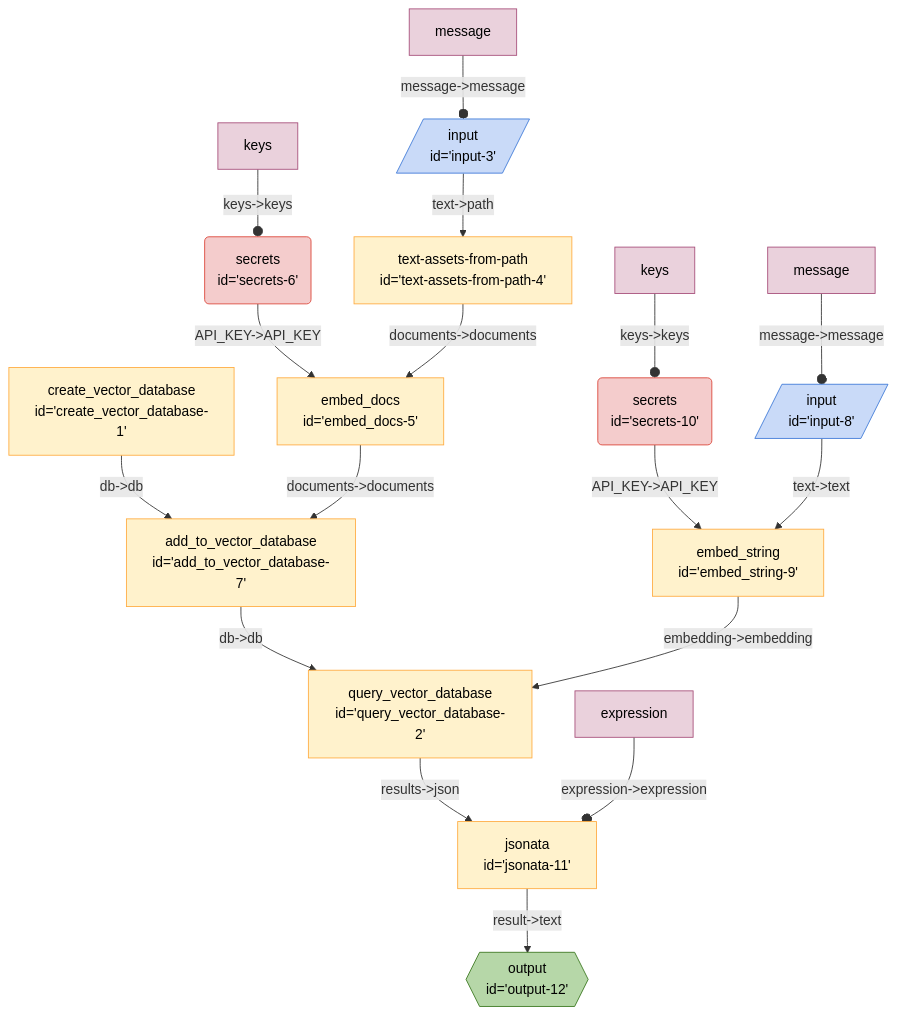
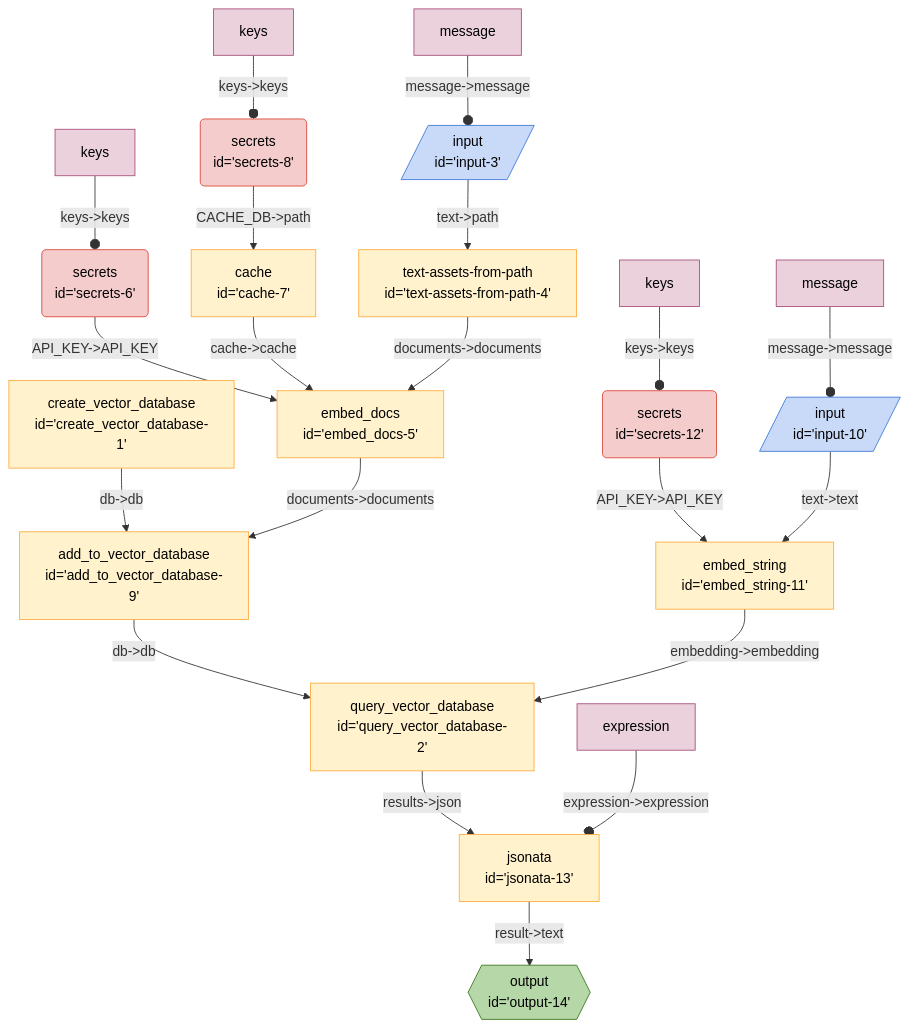
The diagram in seeds/graph-playground/docs/graphs/find-file-by-similarity.md (breadboard-ai/breadboard), drawn with Mermaid before and after one commit. The commit also changed 7 other files, not shown here.

````diff
--- a/seeds/graph-playground/docs/graphs/find-file-by-similarity.md
+++ b/seeds/graph-playground/docs/graphs/find-file-by-similarity.md
@@ -5,50 +5,57 @@
   ```mermaid
   %%{init: 'themeVariables': { 'fontFamily': 'Fira Code, monospace' }}%%
 graph TD;
 secrets6("secrets
 id='secrets-6'"):::secrets -- "API_KEY->API_KEY" --> embed_docs5["embed_docs
 id='embed_docs-5'"]
+secrets8("secrets
+id='secrets-8'"):::secrets -- "CACHE_DB->path" --> cache7["cache
+id='cache-7'"]
+cache7["cache
+id='cache-7'"] -- "cache->cache" --> embed_docs5["embed_docs
+id='embed_docs-5'"]
 create_vector_database1["create_vector_database
-id='create_vector_database-1'"] -- "db->db" --> add_to_vector_database7["add_to_vector_database
-id='add_to_vector_database-7'"]
-add_to_vector_database7["add_to_vector_database
-id='add_to_vector_database-7'"] -- "db->db" --> query_vector_database2["query_vector_database
+id='create_vector_database-1'"] -- "db->db" --> add_to_vector_database9["add_to_vector_database
+id='add_to_vector_database-9'"]
+add_to_vector_database9["add_to_vector_database
+id='add_to_vector_database-9'"] -- "db->db" --> query_vector_database2["query_vector_database
 id='query_vector_database-2'"]
 embed_docs5["embed_docs
-id='embed_docs-5'"] -- "documents->documents" --> add_to_vector_database7["add_to_vector_database
-id='add_to_vector_database-7'"]
+id='embed_docs-5'"] -- "documents->documents" --> add_to_vector_database9["add_to_vector_database
+id='add_to_vector_database-9'"]
 textassetsfrompath4["text-assets-from-path
 id='text-assets-from-path-4'"] -- "documents->documents" --> embed_docs5["embed_docs
 id='embed_docs-5'"]
 input3[/"input
 id='input-3'"/]:::input -- "text->path" --> textassetsfrompath4["text-assets-from-path
 id='text-assets-from-path-4'"]
-secrets10("secrets
-id='secrets-10'"):::secrets -- "API_KEY->API_KEY" --> embed_string9["embed_string
-id='embed_string-9'"]
-jsonata11["jsonata
-id='jsonata-11'"] -- "result->text" --> output12{{"output
-id='output-12'"}}:::output
+secrets12("secrets
+id='secrets-12'"):::secrets -- "API_KEY->API_KEY" --> embed_string11["embed_string
+id='embed_string-11'"]
+jsonata13["jsonata
+id='jsonata-13'"] -- "result->text" --> output14{{"output
+id='output-14'"}}:::output
 query_vector_database2["query_vector_database
-id='query_vector_database-2'"] -- "results->json" --> jsonata11["jsonata
-id='jsonata-11'"]
-embed_string9["embed_string
-id='embed_string-9'"] -- "embedding->embedding" --> query_vector_database2["query_vector_database
+id='query_vector_database-2'"] -- "results->json" --> jsonata13["jsonata
+id='jsonata-13'"]
+embed_string11["embed_string
+id='embed_string-11'"] -- "embedding->embedding" --> query_vector_database2["query_vector_database
 id='query_vector_database-2'"]
-input8[/"input
-id='input-8'"/]:::input -- "text->text" --> embed_string9["embed_string
-id='embed_string-9'"]
+input10[/"input
+id='input-10'"/]:::input -- "text->text" --> embed_string11["embed_string
+id='embed_string-11'"]
 messageinput3[message]:::config -- "message->message" --o input3
 keyssecrets6[keys]:::config -- "keys->keys" --o secrets6
-messageinput8[message]:::config -- "message->message" --o input8
-keyssecrets10[keys]:::config -- "keys->keys" --o secrets10
-expressionjsonata11[expression]:::config -- "expression->expression" --o jsonata11
+keyssecrets8[keys]:::config -- "keys->keys" --o secrets8
+messageinput10[message]:::config -- "message->message" --o input10
+keyssecrets12[keys]:::config -- "keys->keys" --o secrets12
+expressionjsonata13[expression]:::config -- "expression->expression" --o jsonata13
 classDef default stroke:#ffab40,fill:#fff2ccff,color:#000
 classDef input stroke:#3c78d8,fill:#c9daf8ff,color:#000
 classDef output stroke:#38761d,fill:#b6d7a8ff,color:#000
 classDef passthrough stroke:#a64d79,fill:#ead1dcff,color:#000
 classDef slot stroke:#a64d79,fill:#ead1dcff,color:#000
 classDef config stroke:#a64d79,fill:#ead1dcff,color:#000
 classDef secrets stroke:#db4437,fill:#f4cccc,color:#000
 classDef slotted stroke:#a64d79
   ```
````
